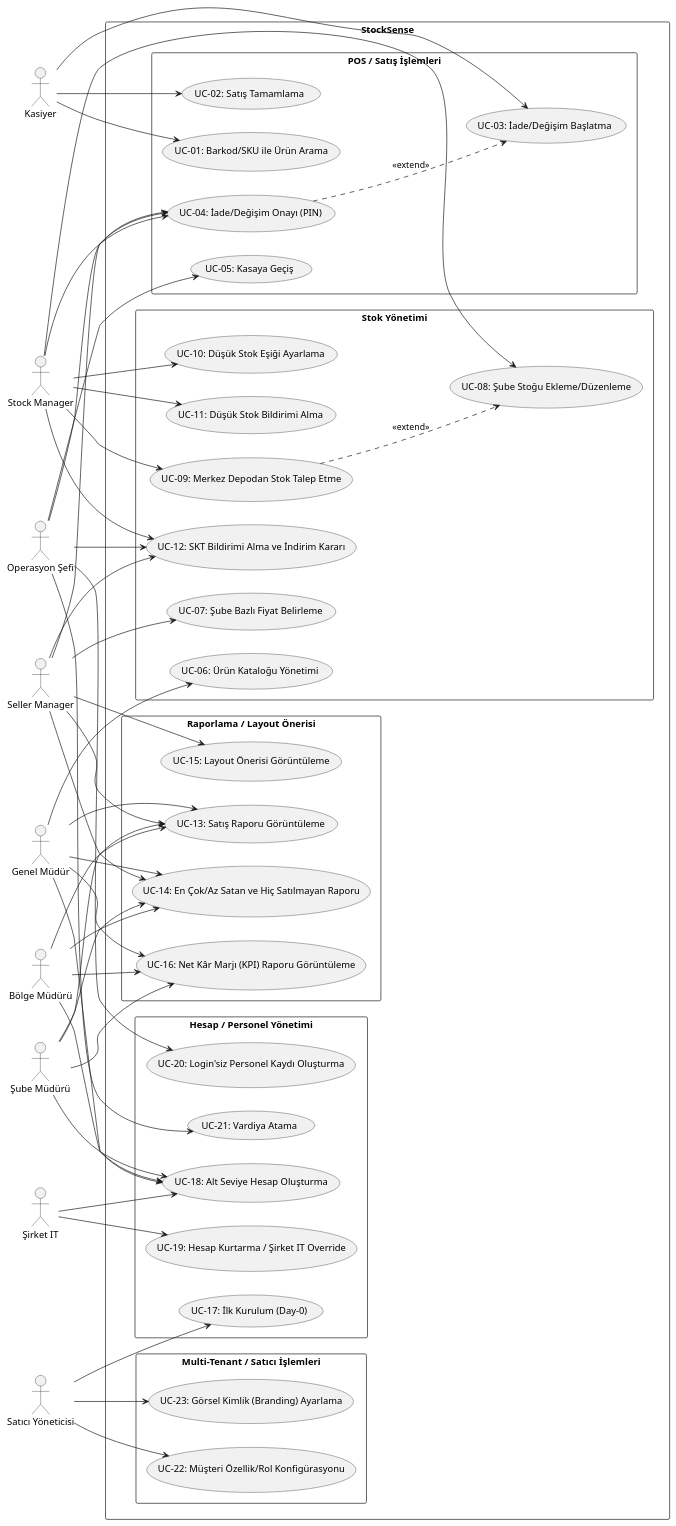
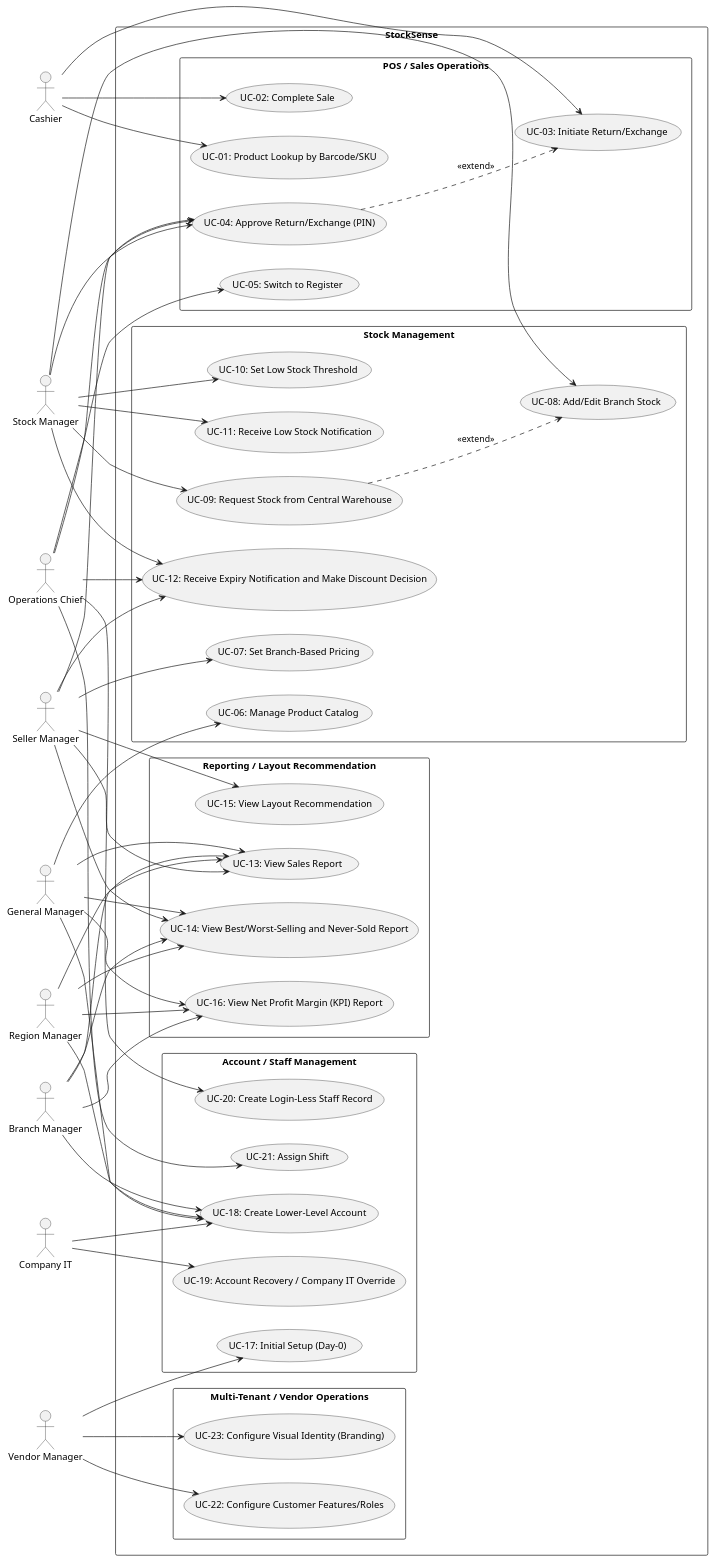
The diagram in documents/stocksense-usecase-diagram.puml (Akatron11/StockSense), drawn with PlantUML before and after one commit. The commit also changed 5 other files, not shown here.

First line of the commit message:
docs: sync English reference docs with post-Sprint-6 schema and decisions

```diff
--- a/documents/stocksense-usecase-diagram.puml
+++ b/documents/stocksense-usecase-diagram.puml
@@ -1,106 +1,106 @@
 @startuml StockSense_UseCaseDiagram
 left to right direction
 skinparam packageStyle rectangle
 
-actor "Kasiyer" as Kasiyer
+actor "Cashier" as Cashier
 actor "Stock Manager" as SM
 actor "Seller Manager" as SelM
-actor "Operasyon Şefi" as OS
-actor "Şube Müdürü" as SubeM
-actor "Bölge Müdürü" as BolgeM
-actor "Genel Müdür" as GM
-actor "Satıcı Yöneticisi" as SatM
-actor "Şirket IT" as IT
+actor "Operations Chief" as OS
+actor "Branch Manager" as BranchM
+actor "Region Manager" as RegionM
+actor "General Manager" as GM
+actor "Vendor Manager" as VendM
+actor "Company IT" as IT
 
 rectangle "StockSense" {
 
-  package "POS / Satış İşlemleri" {
-    usecase "UC-01: Barkod/SKU ile Ürün Arama" as UC01
-    usecase "UC-02: Satış Tamamlama" as UC02
-    usecase "UC-03: İade/Değişim Başlatma" as UC03
-    usecase "UC-04: İade/Değişim Onayı (PIN)" as UC04
-    usecase "UC-05: Kasaya Geçiş" as UC05
+  package "POS / Sales Operations" {
+    usecase "UC-01: Product Lookup by Barcode/SKU" as UC01
+    usecase "UC-02: Complete Sale" as UC02
+    usecase "UC-03: Initiate Return/Exchange" as UC03
+    usecase "UC-04: Approve Return/Exchange (PIN)" as UC04
+    usecase "UC-05: Switch to Register" as UC05
   }
 
-  package "Stok Yönetimi" {
-    usecase "UC-06: Ürün Kataloğu Yönetimi" as UC06
-    usecase "UC-07: Şube Bazlı Fiyat Belirleme" as UC07
-    usecase "UC-08: Şube Stoğu Ekleme/Düzenleme" as UC08
-    usecase "UC-09: Merkez Depodan Stok Talep Etme" as UC09
-    usecase "UC-10: Düşük Stok Eşiği Ayarlama" as UC10
-    usecase "UC-11: Düşük Stok Bildirimi Alma" as UC11
-    usecase "UC-12: SKT Bildirimi Alma ve İndirim Kararı" as UC12
+  package "Stock Management" {
+    usecase "UC-06: Manage Product Catalog" as UC06
+    usecase "UC-07: Set Branch-Based Pricing" as UC07
+    usecase "UC-08: Add/Edit Branch Stock" as UC08
+    usecase "UC-09: Request Stock from Central Warehouse" as UC09
+    usecase "UC-10: Set Low Stock Threshold" as UC10
+    usecase "UC-11: Receive Low Stock Notification" as UC11
+    usecase "UC-12: Receive Expiry Notification and Make Discount Decision" as UC12
   }
 
-  package "Raporlama / Layout Önerisi" {
-    usecase "UC-13: Satış Raporu Görüntüleme" as UC13
-    usecase "UC-14: En Çok/Az Satan ve Hiç Satılmayan Raporu" as UC14
-    usecase "UC-15: Layout Önerisi Görüntüleme" as UC15
-    usecase "UC-16: Net Kâr Marjı (KPI) Raporu Görüntüleme" as UC16
+  package "Reporting / Layout Recommendation" {
+    usecase "UC-13: View Sales Report" as UC13
+    usecase "UC-14: View Best/Worst-Selling and Never-Sold Report" as UC14
+    usecase "UC-15: View Layout Recommendation" as UC15
+    usecase "UC-16: View Net Profit Margin (KPI) Report" as UC16
   }
 
-  package "Hesap / Personel Yönetimi" {
-    usecase "UC-17: İlk Kurulum (Day-0)" as UC17
-    usecase "UC-18: Alt Seviye Hesap Oluşturma" as UC18
-    usecase "UC-19: Hesap Kurtarma / Şirket IT Override" as UC19
-    usecase "UC-20: Login'siz Personel Kaydı Oluşturma" as UC20
-    usecase "UC-21: Vardiya Atama" as UC21
+  package "Account / Staff Management" {
+    usecase "UC-17: Initial Setup (Day-0)" as UC17
+    usecase "UC-18: Create Lower-Level Account" as UC18
+    usecase "UC-19: Account Recovery / Company IT Override" as UC19
+    usecase "UC-20: Create Login-Less Staff Record" as UC20
+    usecase "UC-21: Assign Shift" as UC21
   }
 
-  package "Multi-Tenant / Satıcı İşlemleri" {
-    usecase "UC-22: Müşteri Özellik/Rol Konfigürasyonu" as UC22
-    usecase "UC-23: Görsel Kimlik (Branding) Ayarlama" as UC23
+  package "Multi-Tenant / Vendor Operations" {
+    usecase "UC-22: Configure Customer Features/Roles" as UC22
+    usecase "UC-23: Configure Visual Identity (Branding)" as UC23
   }
 }
 
-' --- POS / Satış İşlemleri ---
-Kasiyer --> UC01
-Kasiyer --> UC02
-Kasiyer --> UC03
+' --- POS / Sales Operations ---
+Cashier --> UC01
+Cashier --> UC02
+Cashier --> UC03
 SM --> UC04
 SelM --> UC04
 OS --> UC04
 OS --> UC05
 UC04 ..> UC03 : <<extend>>
 
-' --- Stok Yönetimi ---
+' --- Stock Management ---
 GM --> UC06
 SelM --> UC07
 SM --> UC08
 SM --> UC09
 SM --> UC10
 SM --> UC11
 SM --> UC12
 SelM --> UC12
 OS --> UC12
 UC09 ..> UC08 : <<extend>>
 
-' --- Raporlama / Layout Önerisi ---
-SubeM --> UC13
-BolgeM --> UC13
+' --- Reporting / Layout Recommendation ---
+BranchM --> UC13
+RegionM --> UC13
 GM --> UC13
 SelM --> UC13
-SubeM --> UC14
-BolgeM --> UC14
+BranchM --> UC14
+RegionM --> UC14
 GM --> UC14
 SelM --> UC14
 SelM --> UC15
-SubeM --> UC16
-BolgeM --> UC16
+BranchM --> UC16
+RegionM --> UC16
 GM --> UC16
 
-' --- Hesap / Personel Yönetimi ---
-SatM --> UC17
-SubeM --> UC18
-BolgeM --> UC18
+' --- Account / Staff Management ---
+VendM --> UC17
+BranchM --> UC18
+RegionM --> UC18
 GM --> UC18
 IT --> UC18
 IT --> UC19
 OS --> UC20
 OS --> UC21
 
-' --- Multi-Tenant / Satıcı İşlemleri ---
-SatM --> UC22
-SatM --> UC23
+' --- Multi-Tenant / Vendor Operations ---
+VendM --> UC22
+VendM --> UC23
 
 @enduml
```
